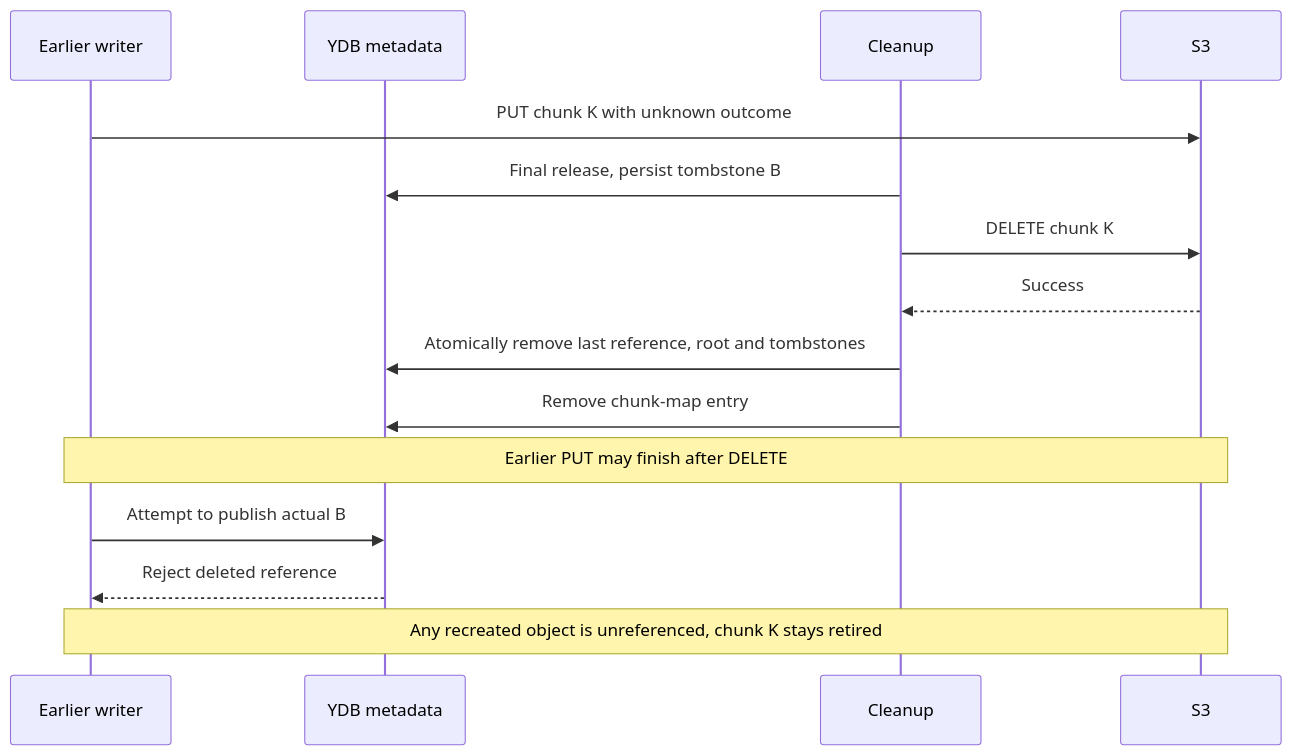
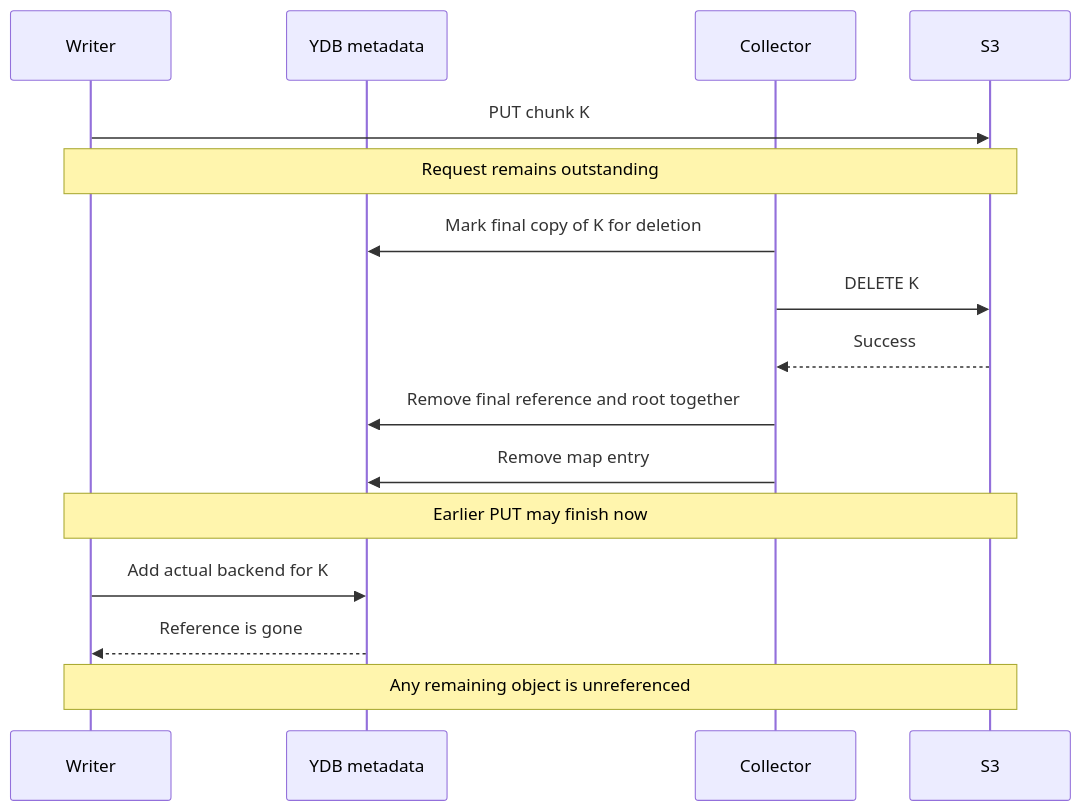
The seventh of 10 diagrams in doc/disk_manager/chunk_storage/design_doc.md (ydb-platform/nbs), drawn with Mermaid before and after one commit. The commit also changed other lines of this file, not shown here.

````diff
--- a/doc/disk_manager/chunk_storage/design_doc.md
+++ b/doc/disk_manager/chunk_storage/design_doc.md
@@ -312,17 +283,18 @@
 ```mermaid
 sequenceDiagram
-    participant Writer as Earlier writer
+    participant Writer
     participant DB as YDB metadata
-    participant Cleanup
+    participant Collector
     participant S3
-    Writer->>S3: PUT chunk K with unknown outcome
-    Cleanup->>DB: Final release, persist tombstone B
-    Cleanup->>S3: DELETE chunk K
-    S3-->>Cleanup: Success
-    Cleanup->>DB: Atomically remove last reference, root and tombstones
-    Cleanup->>DB: Remove chunk-map entry
-    Note over Writer,S3: Earlier PUT may finish after DELETE
-    Writer->>DB: Attempt to publish actual B
-    DB-->>Writer: Reject deleted reference
-    Note over Writer,S3: Any recreated object is unreferenced, chunk K stays retired
+    Writer->>S3: PUT chunk K
+    Note over Writer,S3: Request remains outstanding
+    Collector->>DB: Mark final copy of K for deletion
+    Collector->>S3: DELETE K
+    S3-->>Collector: Success
+    Collector->>DB: Remove final reference and root together
+    Collector->>DB: Remove map entry
+    Note over Writer,S3: Earlier PUT may finish now
+    Writer->>DB: Add actual backend for K
+    DB-->>Writer: Reference is gone
+    Note over Writer,S3: Any remaining object is unreferenced
 ```
````
